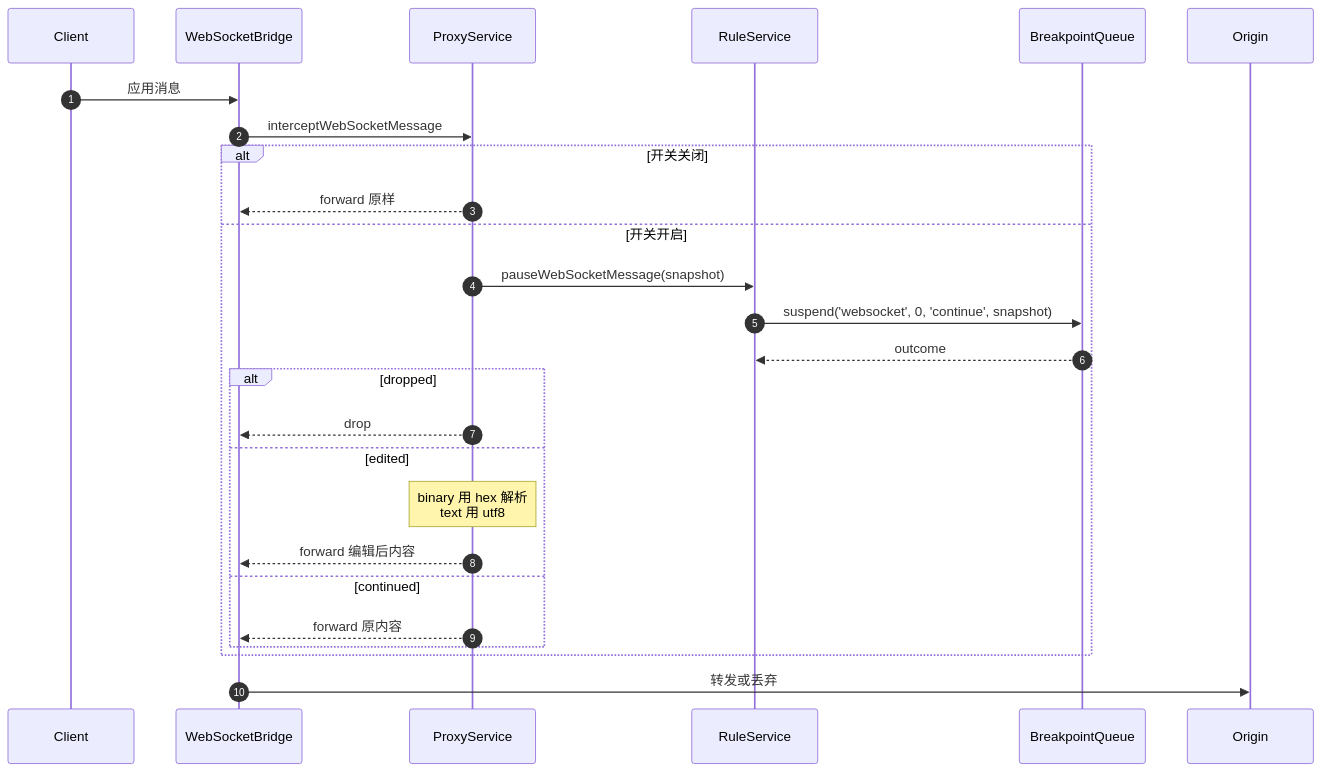
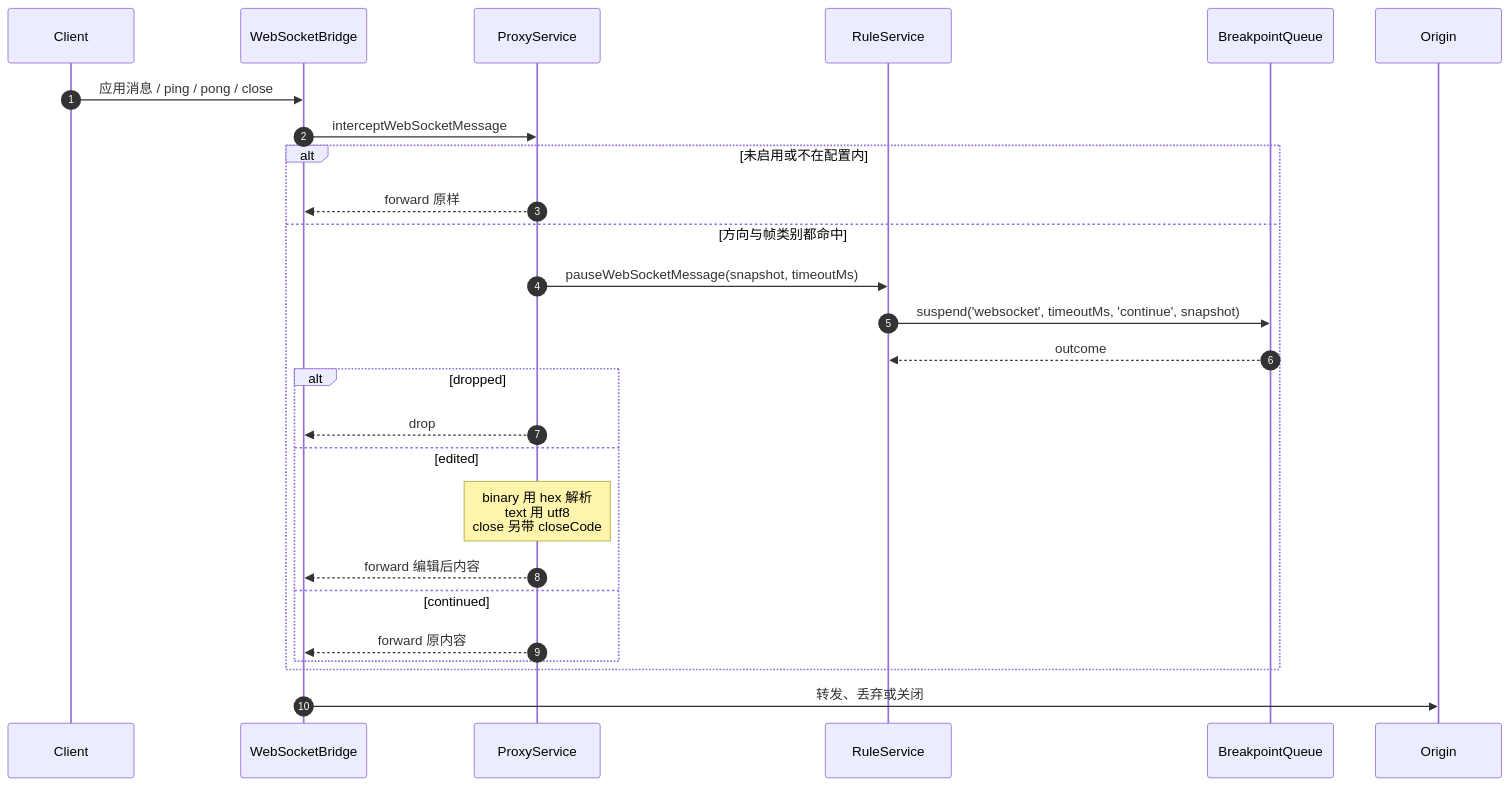
Before and after one commit to zhxmt-xm/Interceptor: the third of 3 diagrams in architecture/features/breakpoints.md, drawn with Mermaid. The commit also changed other lines of this file and 264 other files, not shown here.

````diff
--- a/architecture/features/breakpoints.md
+++ b/architecture/features/breakpoints.md
@@ -113,29 +114,29 @@
 ```mermaid
 sequenceDiagram
     autonumber
     participant Client
     participant Bridge as WebSocketBridge
     participant Proxy as ProxyService
     participant Engine as RuleService
     participant Queue as BreakpointQueue
     participant Origin
 
-    Client->>Bridge: 应用消息
+    Client->>Bridge: 应用消息 / ping / pong / close
     Bridge->>Proxy: interceptWebSocketMessage
-    alt 开关关闭
+    alt 未启用或不在配置内
         Proxy-->>Bridge: forward 原样
-    else 开关开启
-        Proxy->>Engine: pauseWebSocketMessage(snapshot)
-        Engine->>Queue: suspend('websocket', 0, 'continue', snapshot)
+    else 方向与帧类别都命中
+        Proxy->>Engine: pauseWebSocketMessage(snapshot, timeoutMs)
+        Engine->>Queue: suspend('websocket', timeoutMs, 'continue', snapshot)
         Queue-->>Engine: outcome
         alt dropped
             Proxy-->>Bridge: drop
         else edited
-            Note over Proxy: binary 用 hex 解析<br/>text 用 utf8
+            Note over Proxy: binary 用 hex 解析<br/>text 用 utf8<br/>close 另带 closeCode
             Proxy-->>Bridge: forward 编辑后内容
         else continued
             Proxy-->>Bridge: forward 原内容
         end
     end
-    Bridge->>Origin: 转发或丢弃
+    Bridge->>Origin: 转发、丢弃或关闭
 ```
````
